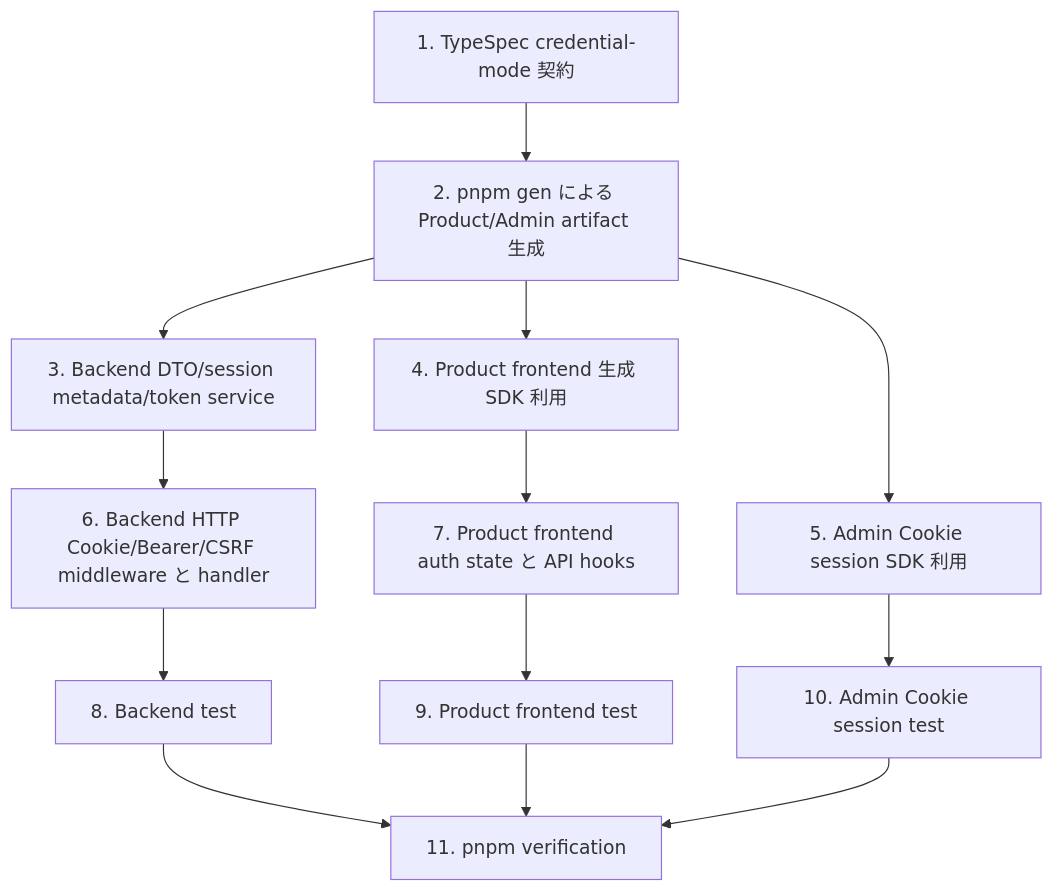
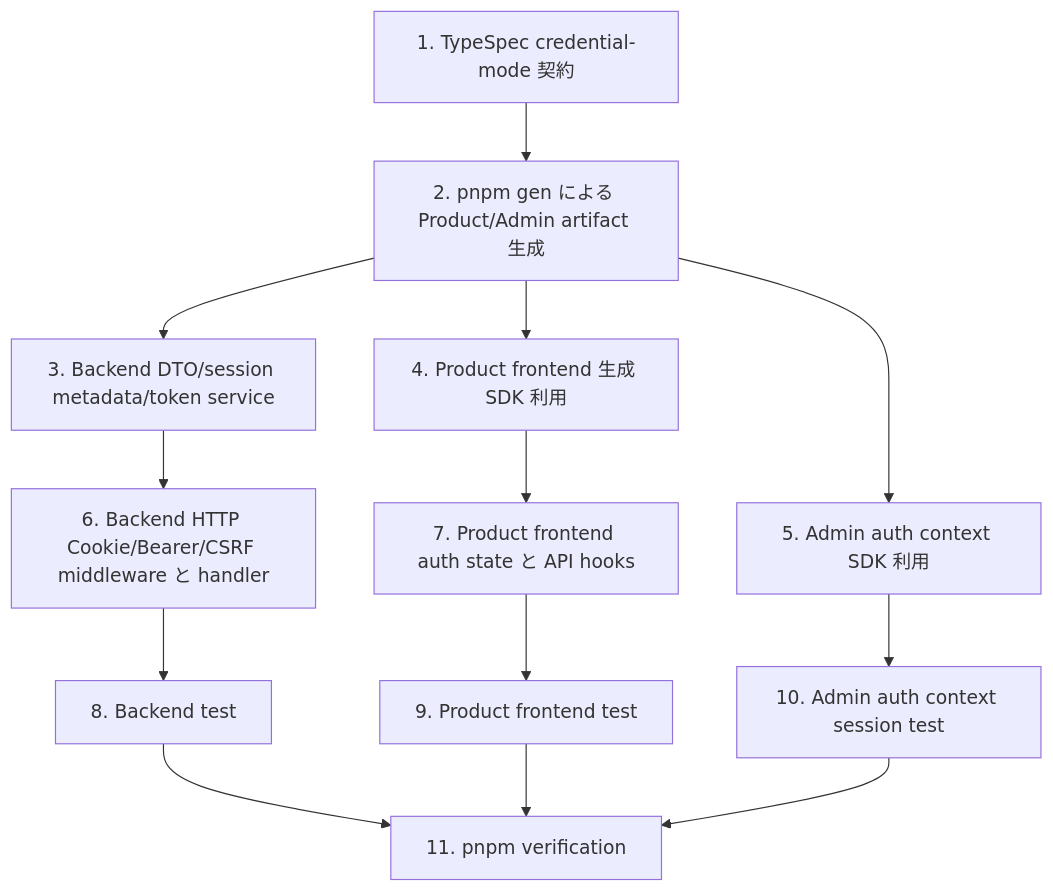
The fifth of 5 diagrams in openspec/changes/product-cookie-bearer-auth/design.md (witwire-net/www-template), drawn with Mermaid before and after one commit. The commit also changed other lines of this file and 7 other files, not shown here.

Commit message:
docs(openspec): align auth context selector plan

````diff
--- a/openspec/changes/product-cookie-bearer-auth/design.md
+++ b/openspec/changes/product-cookie-bearer-auth/design.md
@@ -449,15 +463,15 @@
 ```mermaid
 flowchart TD
   T1[1. TypeSpec credential-mode 契約] --> T2[2. pnpm gen による Product/Admin artifact 生成]
   T2 --> T3[3. Backend DTO/session metadata/token service]
   T2 --> T4[4. Product frontend 生成 SDK 利用]
-  T2 --> T5[5. Admin Cookie session SDK 利用]
+  T2 --> T5[5. Admin auth context SDK 利用]
   T3 --> T6[6. Backend HTTP Cookie/Bearer/CSRF middleware と handler]
   T4 --> T7[7. Product frontend auth state と API hooks]
   T6 --> T8[8. Backend test]
   T7 --> T9[9. Product frontend test]
-  T5 --> T10[10. Admin Cookie session test]
+  T5 --> T10[10. Admin auth context session test]
   T8 --> T11[11. pnpm verification]
   T9 --> T11
   T10 --> T11
 ```
````
